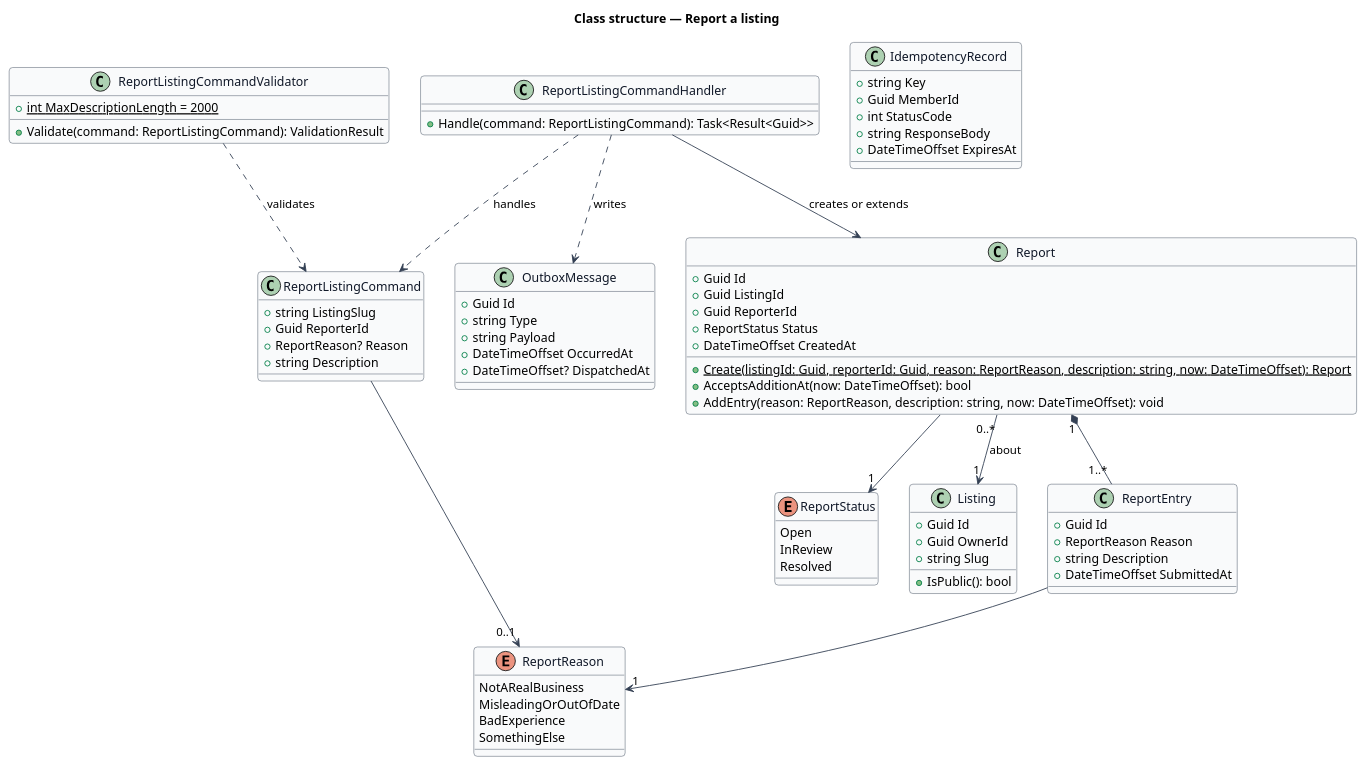
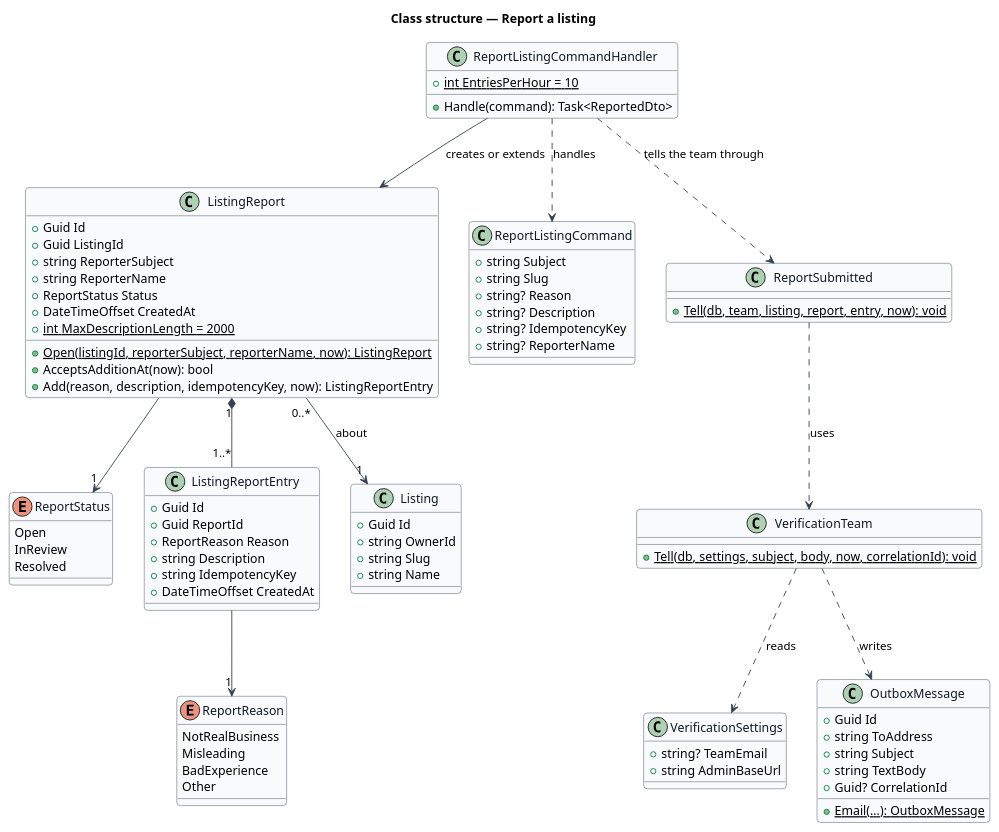
The diagram in docs/detailed-designs/listings/report-listing/diagrams/class-structure.puml (QuinntyneBrown/jubilee), drawn with PlantUML before and after one commit. The commit also changed 25 other files, not shown here.

First line of the commit message:
Requirements, designs and ADR 0055 for finishing journey 21: crawler routing of shared links, og-image.png, and the team's e-mail of a report

```diff
--- a/docs/detailed-designs/listings/report-listing/diagrams/class-structure.puml
+++ b/docs/detailed-designs/listings/report-listing/diagrams/class-structure.puml
@@ -1,95 +1,104 @@
 @startuml
 ' --- shared skin header ---
 skinparam backgroundColor #FFFFFF
 skinparam shadowing false
 skinparam roundcorner 8
 skinparam defaultFontName Arial
 skinparam ArrowColor #344054
 skinparam class {
   BorderColor #344054
   FontColor #101828
   BackgroundColor #F9FAFB
 }
 ' --------------------------
 title Class structure — Report a listing
 
 enum ReportReason {
-  NotARealBusiness
-  MisleadingOrOutOfDate
+  NotRealBusiness
+  Misleading
   BadExperience
-  SomethingElse
+  Other
 }
 
 enum ReportStatus {
   Open
   InReview
   Resolved
 }
 
-class Report {
+class ListingReport {
   +Guid Id
   +Guid ListingId
-  +Guid ReporterId
+  +string ReporterSubject
+  +string ReporterName
   +ReportStatus Status
   +DateTimeOffset CreatedAt
-  +{static} Create(listingId: Guid, reporterId: Guid, reason: ReportReason, description: string, now: DateTimeOffset): Report
-  +AcceptsAdditionAt(now: DateTimeOffset): bool
-  +AddEntry(reason: ReportReason, description: string, now: DateTimeOffset): void
+  +{static} int MaxDescriptionLength = 2000
+  +{static} Open(listingId, reporterSubject, reporterName, now): ListingReport
+  +AcceptsAdditionAt(now): bool
+  +Add(reason, description, idempotencyKey, now): ListingReportEntry
 }
 
-class ReportEntry {
+class ListingReportEntry {
   +Guid Id
+  +Guid ReportId
   +ReportReason Reason
   +string Description
-  +DateTimeOffset SubmittedAt
+  +string IdempotencyKey
+  +DateTimeOffset CreatedAt
 }
 
 class ReportListingCommand {
-  +string ListingSlug
-  +Guid ReporterId
-  +ReportReason? Reason
-  +string Description
-}
-
-class ReportListingCommandValidator {
-  +{static} int MaxDescriptionLength = 2000
-  +Validate(command: ReportListingCommand): ValidationResult
+  +string Subject
+  +string Slug
+  +string? Reason
+  +string? Description
+  +string? IdempotencyKey
+  +string? ReporterName
 }
 
 class ReportListingCommandHandler {
-  +Handle(command: ReportListingCommand): Task<Result<Guid>>
+  +{static} int EntriesPerHour = 10
+  +Handle(command): Task<ReportedDto>
+}
+
+class ReportSubmitted {
+  +{static} Tell(db, team, listing, report, entry, now): void
+}
+
+class VerificationTeam {
+  +{static} Tell(db, settings, subject, body, now, correlationId): void
+}
+
+class VerificationSettings {
+  +string? TeamEmail
+  +string AdminBaseUrl
 }
 
 class Listing {
   +Guid Id
-  +Guid OwnerId
+  +string OwnerId
   +string Slug
-  +IsPublic(): bool
+  +string Name
 }
 
 class OutboxMessage {
   +Guid Id
-  +string Type
-  +string Payload
-  +DateTimeOffset OccurredAt
-  +DateTimeOffset? DispatchedAt
+  +string ToAddress
+  +string Subject
+  +string TextBody
+  +Guid? CorrelationId
+  +{static} Email(...): OutboxMessage
 }
 
-class IdempotencyRecord {
-  +string Key
-  +Guid MemberId
-  +int StatusCode
-  +string ResponseBody
-  +DateTimeOffset ExpiresAt
-}
-
-Report "1" *-- "1..*" ReportEntry
-Report --> "1" ReportStatus
-ReportEntry --> "1" ReportReason
-Report "0..*" --> "1" Listing : about
+ListingReport "1" *-- "1..*" ListingReportEntry
+ListingReport --> "1" ReportStatus
+ListingReportEntry --> "1" ReportReason
+ListingReport "0..*" --> "1" Listing : about
 ReportListingCommandHandler ..> ReportListingCommand : handles
-ReportListingCommandValidator ..> ReportListingCommand : validates
-ReportListingCommandHandler --> Report : creates or extends
-ReportListingCommandHandler ..> OutboxMessage : writes
-ReportListingCommand --> "0..1" ReportReason
+ReportListingCommandHandler --> ListingReport : creates or extends
+ReportListingCommandHandler ..> ReportSubmitted : tells the team through
+ReportSubmitted ..> VerificationTeam : uses
+VerificationTeam ..> VerificationSettings : reads
+VerificationTeam ..> OutboxMessage : writes
 @enduml
```
